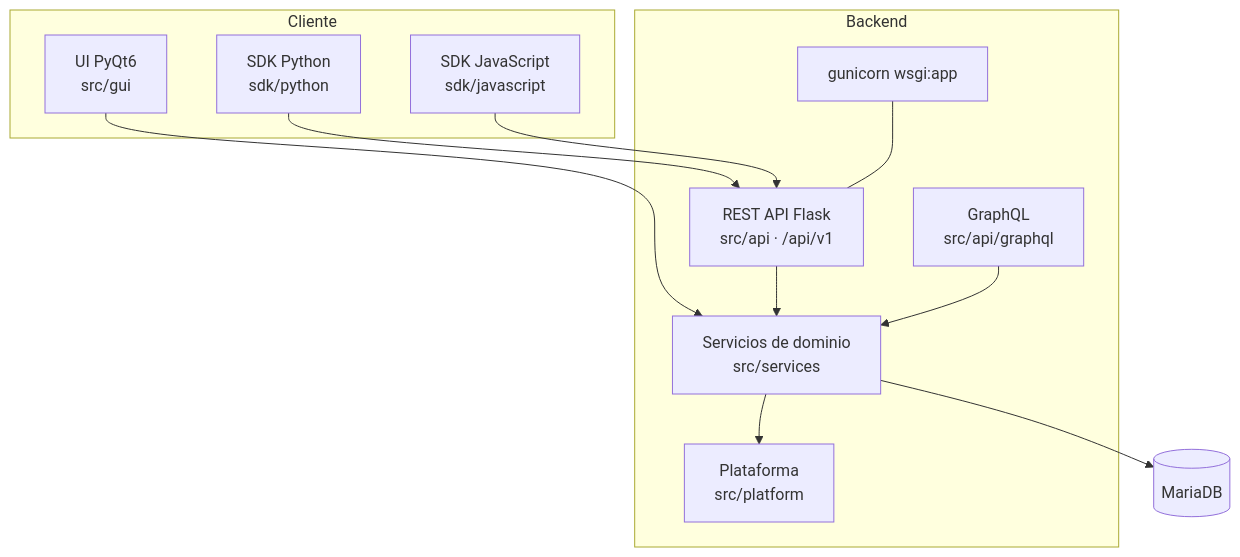
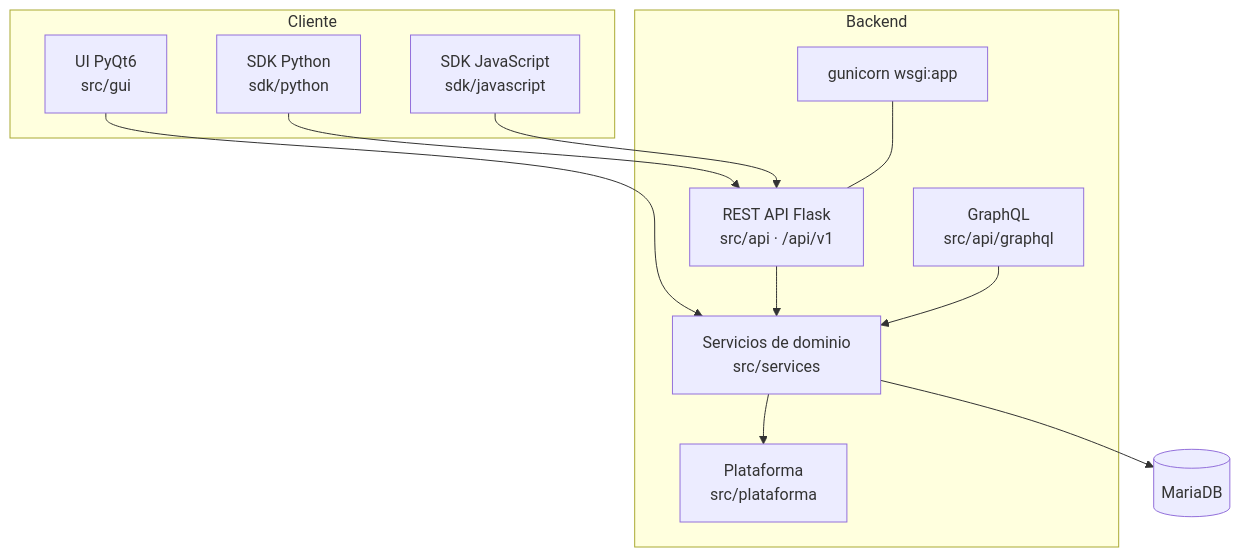
One commit to ogluzop-oss/Repo-Vac-a changed the second of 10 diagrams in docs/architecture/diagrams.md. Above: the diagram before and after it, drawn with Mermaid. The commit also changed 1280 other files, not shown here.

````diff
--- a/docs/architecture/diagrams.md
+++ b/docs/architecture/diagrams.md
@@ -26,25 +26,25 @@
 ```mermaid
 graph TB
     subgraph Cliente
       GUI[UI PyQt6<br/>src/gui]
       SDKP[SDK Python<br/>sdk/python]
       SDKJ[SDK JavaScript<br/>sdk/javascript]
     end
     subgraph Backend
       API[REST API Flask<br/>src/api · /api/v1]
       GQL[GraphQL<br/>src/api/graphql]
       WSGI[gunicorn wsgi:app]
       SVC[Servicios de dominio<br/>src/services]
-      PLT[Plataforma<br/>src/platform]
+      PLT[Plataforma<br/>src/plataforma]
     end
     DB[(MariaDB)]
 
     GUI --> SVC
     SDKP --> API
     SDKJ --> API
     API --> SVC
     GQL --> SVC
     WSGI --- API
     SVC --> PLT
     SVC --> DB
 ```
````
